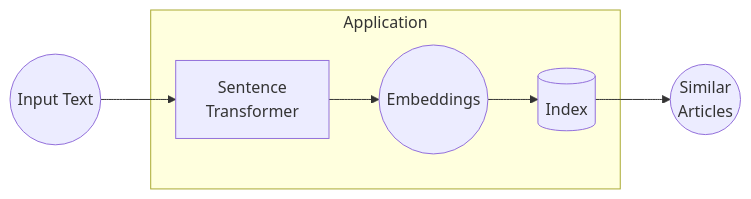
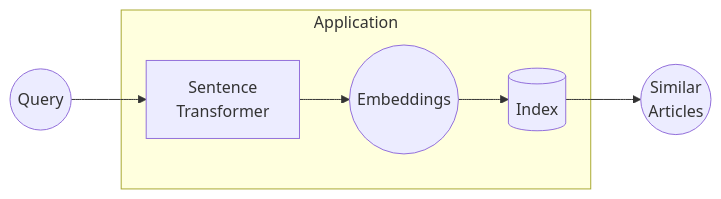
One commit to hnthap/ketchup changed the diagram in README.md. Above: the diagram before and after it, drawn with Mermaid. The commit also changed other lines of this file and 3 other files, not shown here.

````diff
--- a/README.md
+++ b/README.md
@@ -50,17 +50,17 @@
 ```mermaid
 flowchart LR;
-    i((Input Text))
+    i((Query))
     o((Similar
     Articles))
 
     i --> t
     t --> e --> d
     d --> o
 
 subgraph Application
     e((Embeddings))
     d[(Index)]
     t[Sentence
     Transformer]
 end
 ```
````
